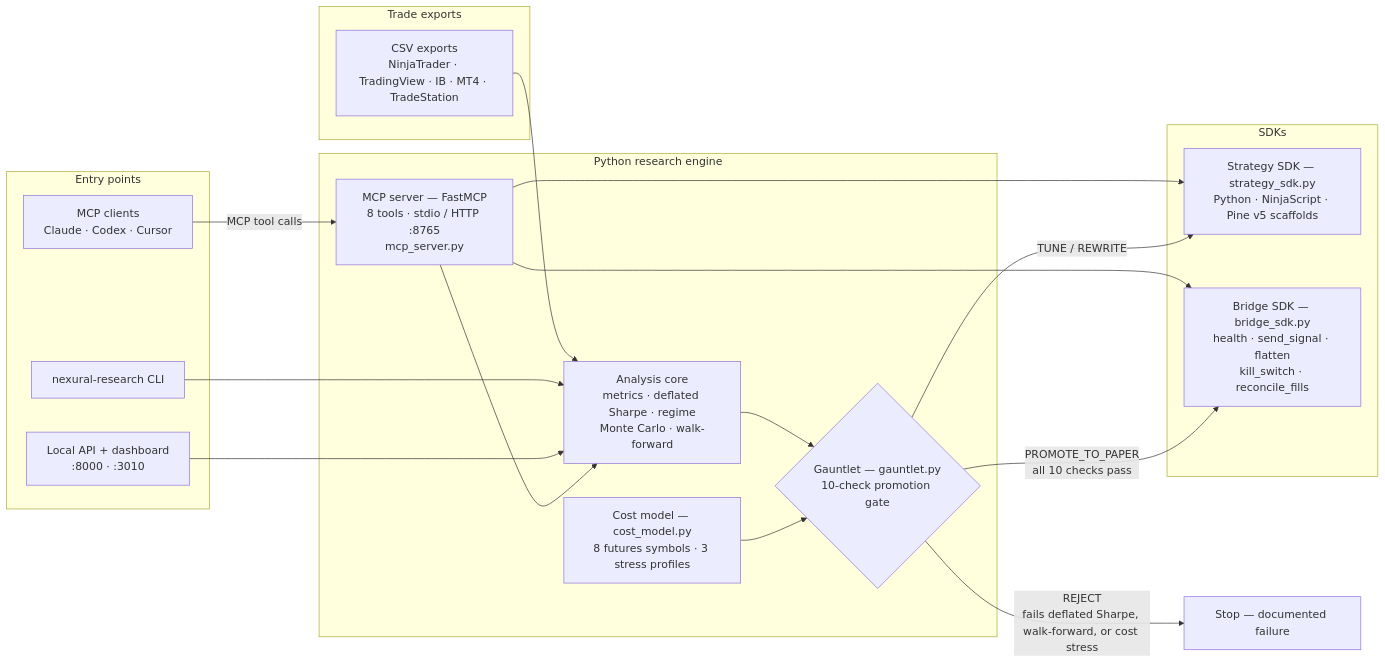
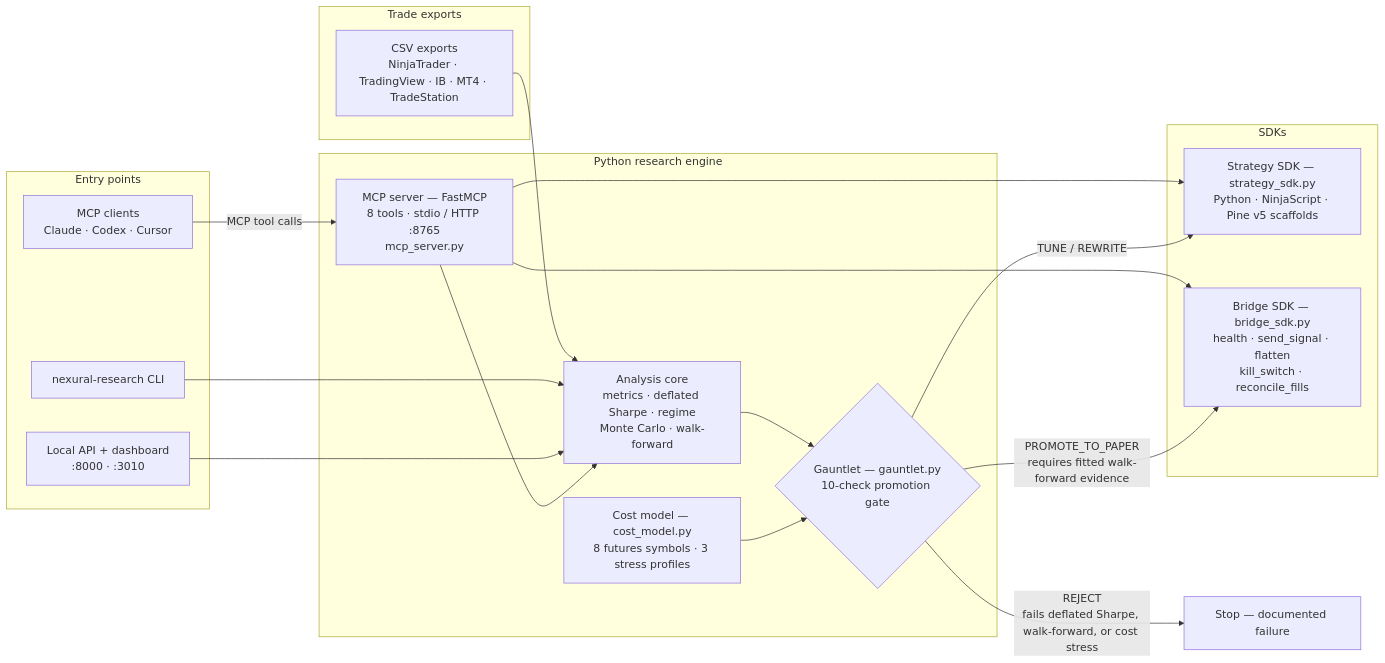
One commit to JasonTeixeira/Nexural_Automation changed the diagram in README.md. Above: the diagram before and after it, drawn with Mermaid. The commit also changed other lines of this file and 149 other files, not shown here.

````diff
--- a/README.md
+++ b/README.md
@@ -37,37 +37,37 @@
 ```mermaid
 flowchart LR
     subgraph INPUT["Trade exports"]
         CSV["CSV exports<br/>NinjaTrader · TradingView · IB · MT4 · TradeStation"]
     end
 
     subgraph CLIENTS["Entry points"]
         AGENT["MCP clients<br/>Claude · Codex · Cursor"]
         CLI["nexural-research CLI"]
         UI["Local API + dashboard<br/>:8000 · :3010"]
     end
 
     subgraph ENGINE["Python research engine"]
         MCP["MCP server — FastMCP<br/>8 tools · stdio / HTTP :8765<br/>mcp_server.py"]
         AN["Analysis core<br/>metrics · deflated Sharpe · regime<br/>Monte Carlo · walk-forward"]
         COST["Cost model — cost_model.py<br/>8 futures symbols · 3 stress profiles"]
         GAUNT{"Gauntlet — gauntlet.py<br/>10-check promotion gate"}
     end
 
     subgraph SDKS["SDKs"]
         SSDK["Strategy SDK — strategy_sdk.py<br/>Python · NinjaScript · Pine v5 scaffolds"]
         BSDK["Bridge SDK — bridge_sdk.py<br/>health · send_signal · flatten<br/>kill_switch · reconcile_fills"]
     end
 
     CSV --> AN
     AGENT -->|"MCP tool calls"| MCP
     CLI --> AN
     UI --> AN
     MCP --> AN
     MCP --> SSDK
     MCP --> BSDK
     AN --> GAUNT
     COST --> GAUNT
-    GAUNT -->|"PROMOTE_TO_PAPER<br/>all 10 checks pass"| BSDK
+    GAUNT -->|"PROMOTE_TO_PAPER<br/>requires fitted walk-forward evidence"| BSDK
     GAUNT -->|"TUNE / REWRITE"| SSDK
     GAUNT -->|"REJECT<br/>fails deflated Sharpe, walk-forward, or cost stress"| X["Stop — documented failure"]
 ```
````
